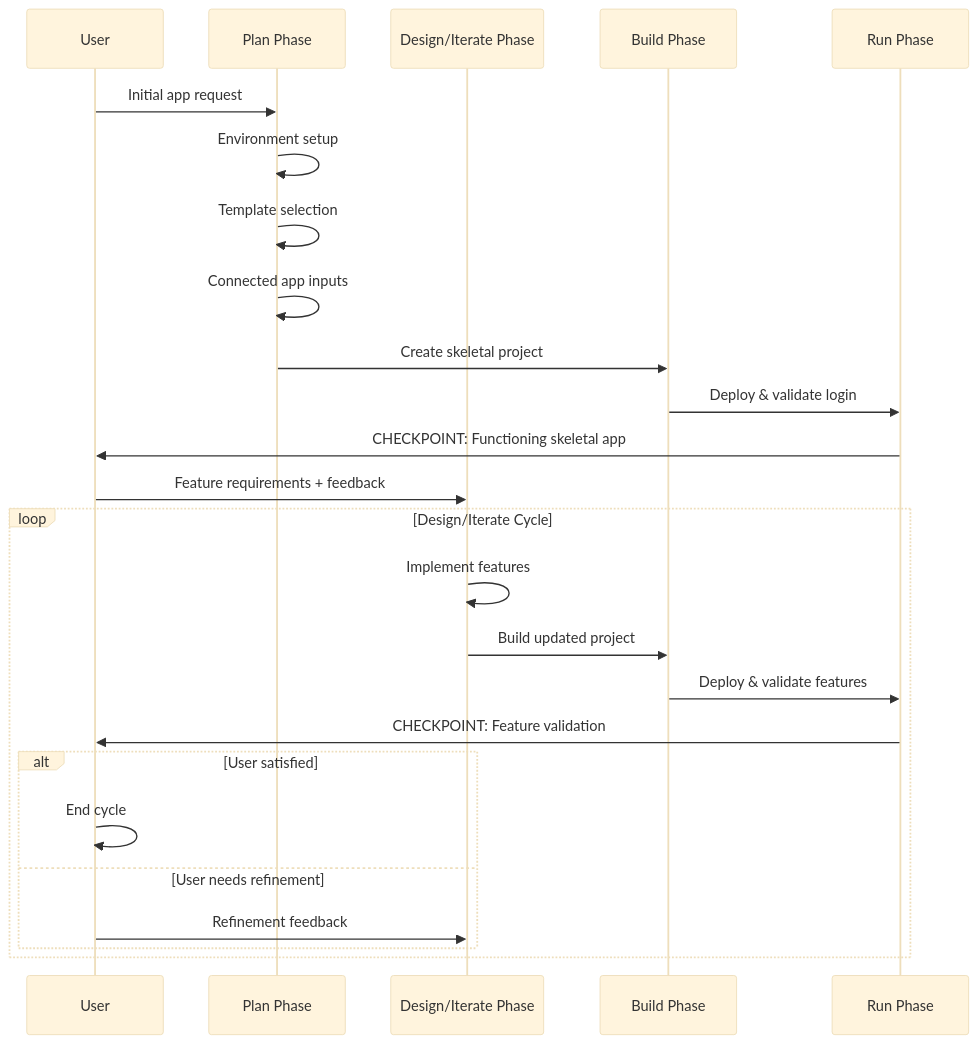
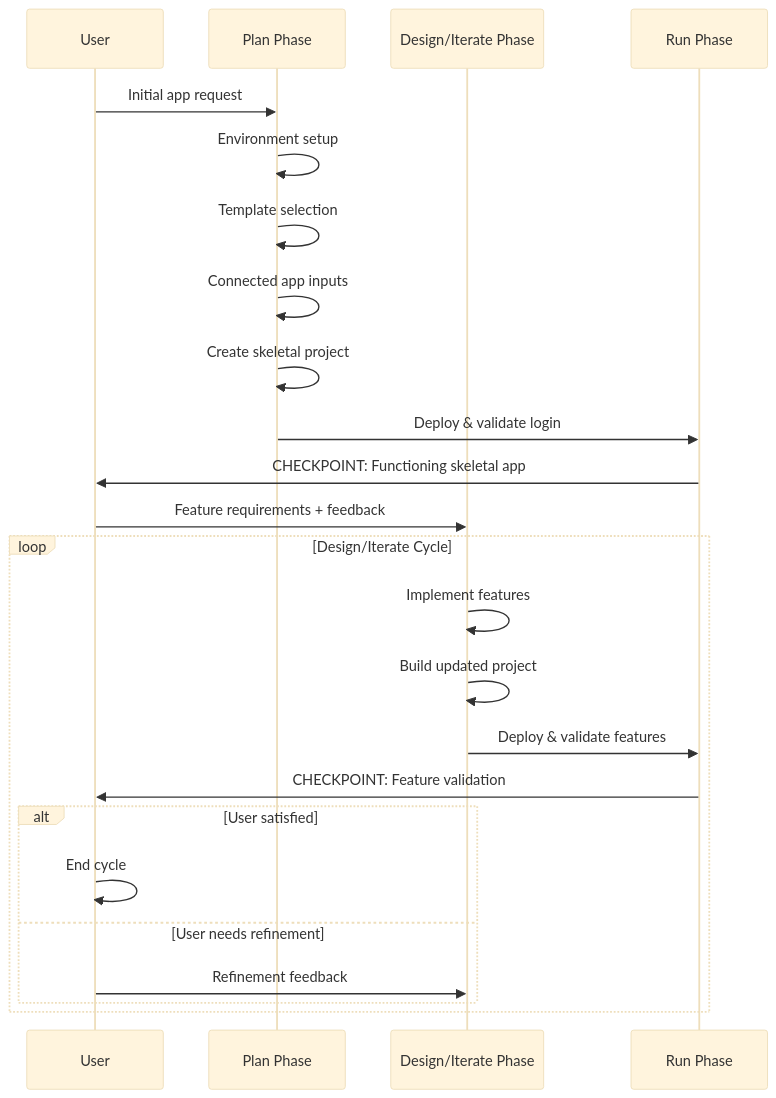
One commit to khawkins/mobile-mcp-tools changed the first of 2 diagrams in docs/5_mobile_native_app_generation.md. Above: the diagram before and after it, drawn with Mermaid (base theme). The commit also changed other lines of this file and 1 other file, not shown here.

Commit message:
Design/Iterate phase

````diff
--- a/docs/5_mobile_native_app_generation.md
+++ b/docs/5_mobile_native_app_generation.md
@@ -83,29 +83,28 @@
 ```mermaid
 sequenceDiagram
     participant User
     participant PlanPhase as Plan Phase
     participant DesignPhase as Design/Iterate Phase
-    participant BuildPhase as Build Phase
     participant RunPhase as Run Phase
 
     User->>PlanPhase: Initial app request
     PlanPhase->>PlanPhase: Environment setup
     PlanPhase->>PlanPhase: Template selection
     PlanPhase->>PlanPhase: Connected app inputs
-    PlanPhase->>BuildPhase: Create skeletal project
-    BuildPhase->>RunPhase: Deploy & validate login
+    PlanPhase->>PlanPhase: Create skeletal project
+    PlanPhase->>RunPhase: Deploy & validate login
     RunPhase->>User: CHECKPOINT: Functioning skeletal app
     User->>DesignPhase: Feature requirements + feedback
 
     loop Design/Iterate Cycle
         DesignPhase->>DesignPhase: Implement features
-        DesignPhase->>BuildPhase: Build updated project
-        BuildPhase->>RunPhase: Deploy & validate features
+        DesignPhase->>DesignPhase: Build updated project
+        DesignPhase->>RunPhase: Deploy & validate features
         RunPhase->>User: CHECKPOINT: Feature validation
         alt User satisfied
             User->>User: End cycle
         else User needs refinement
             User->>DesignPhase: Refinement feedback
         end
     end
 ```
````
